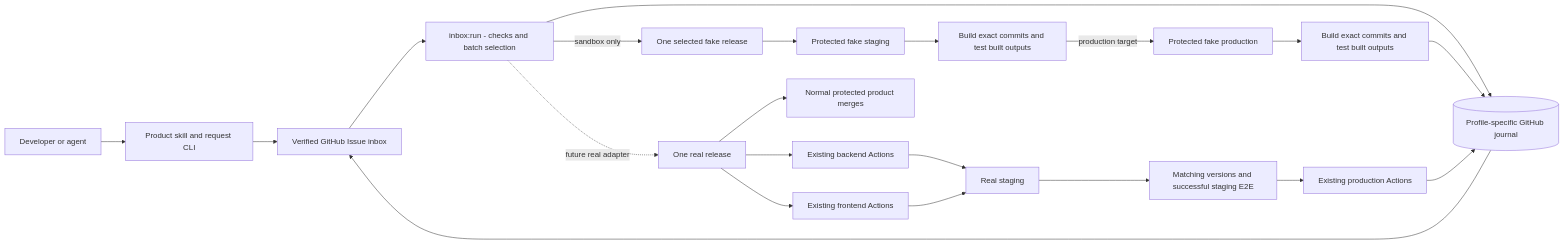
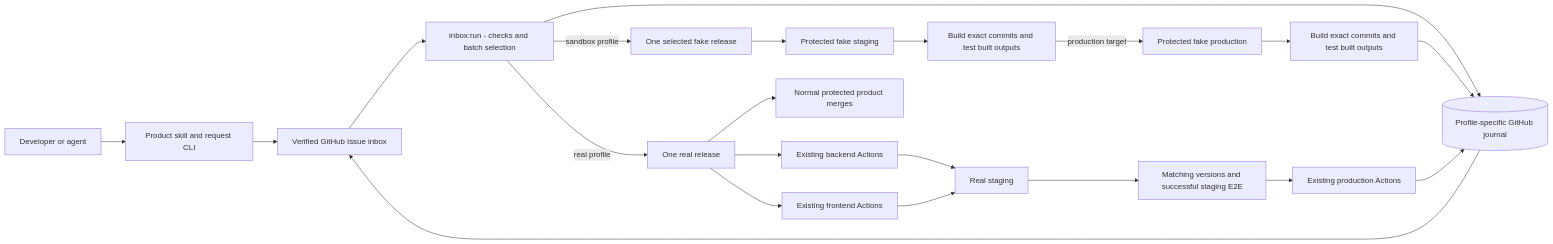
Before and after one commit to 6529-Collections/6529-release-coordinator: the second of 2 diagrams in docs/design.md, drawn with Mermaid. The commit also changed other lines of this file and 47 other files, not shown here.

````diff
--- a/docs/design.md
+++ b/docs/design.md
@@ -577,23 +581,23 @@
 ```mermaid
 flowchart LR
     U[Developer or agent] --> CLI[Product skill and request CLI]
     CLI --> INBOX[Verified GitHub Issue inbox]
     INBOX --> IP[inbox:run - checks and batch selection]
     IP --> J[(Profile-specific GitHub journal)]
-    IP -->|sandbox only| SW[One selected fake release]
+    IP -->|sandbox profile| SW[One selected fake release]
     SW --> SSTG[Protected fake staging]
     SSTG --> SE2E[Build exact commits and test built outputs]
     SE2E -->|production target| SPROD[Protected fake production]
     SPROD --> PE2E[Build exact commits and test built outputs]
     PE2E --> J
-    IP -. future real adapter .-> W[One real release]
+    IP -->|real profile| W[One real release]
     W --> GH[Normal protected product merges]
     W --> BE[Existing backend Actions]
     W --> FE[Existing frontend Actions]
     BE --> STG[Real staging]
     FE --> STG
     STG --> E2E[Matching versions and successful staging E2E]
     E2E --> PROD[Existing production Actions]
     PROD --> J
     J --> INBOX
 ```
````
